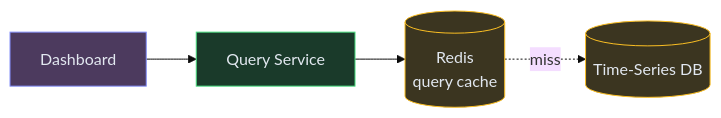
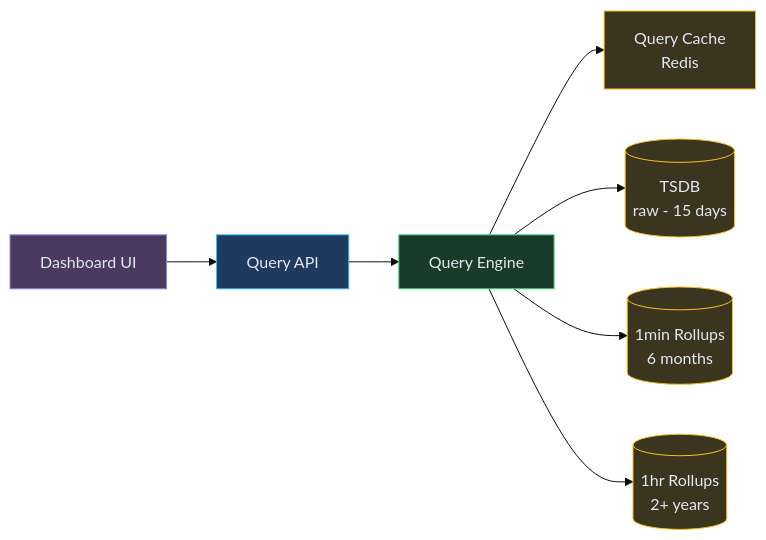
Before and after one commit to iluzn/HLD-Designs: the third of 7 diagrams in content/hld/MetricsMonitoring.md, drawn with Mermaid (base theme). The commit also changed other lines of this file and 26 other files, not shown here.

````diff
--- a/content/hld/MetricsMonitoring.md
+++ b/content/hld/MetricsMonitoring.md
@@ -124,15 +219,22 @@
 ```mermaid
 flowchart LR
-    DASH["Dashboard"]:::client
-    QUERY["Query Service"]:::service
-    CACHE[("Redis<br/>query cache")]:::data
-    TSDB[("Time-Series DB")]:::data
+    DASH["Dashboard UI"]:::client
+    QAPI["Query API"]:::edge
+    QENG["Query Engine"]:::service
+    TSDB[("TSDB<br/>raw - 15 days")]:::data
+    ROLLUP1[("1min Rollups<br/>6 months")]:::data
+    ROLLUP2[("1hr Rollups<br/>2+ years")]:::data
+    CACHE["Query Cache<br/>Redis"]:::data
 
-    DASH --> QUERY
-    QUERY --> CACHE
-    CACHE -.->|miss| TSDB
+    DASH --> QAPI
+    QAPI --> QENG
+    QENG --> CACHE
+    QENG --> TSDB
+    QENG --> ROLLUP1
+    QENG --> ROLLUP2
 
     classDef client fill:#4c3a5e,stroke:#818cf8,color:#e2e8f0
+    classDef edge fill:#1e3a5f,stroke:#38bdf8,color:#e2e8f0
     classDef service fill:#1a3a2a,stroke:#4ade80,color:#e2e8f0
     classDef data fill:#3b3520,stroke:#fbbf24,color:#e2e8f0
 ```
````
